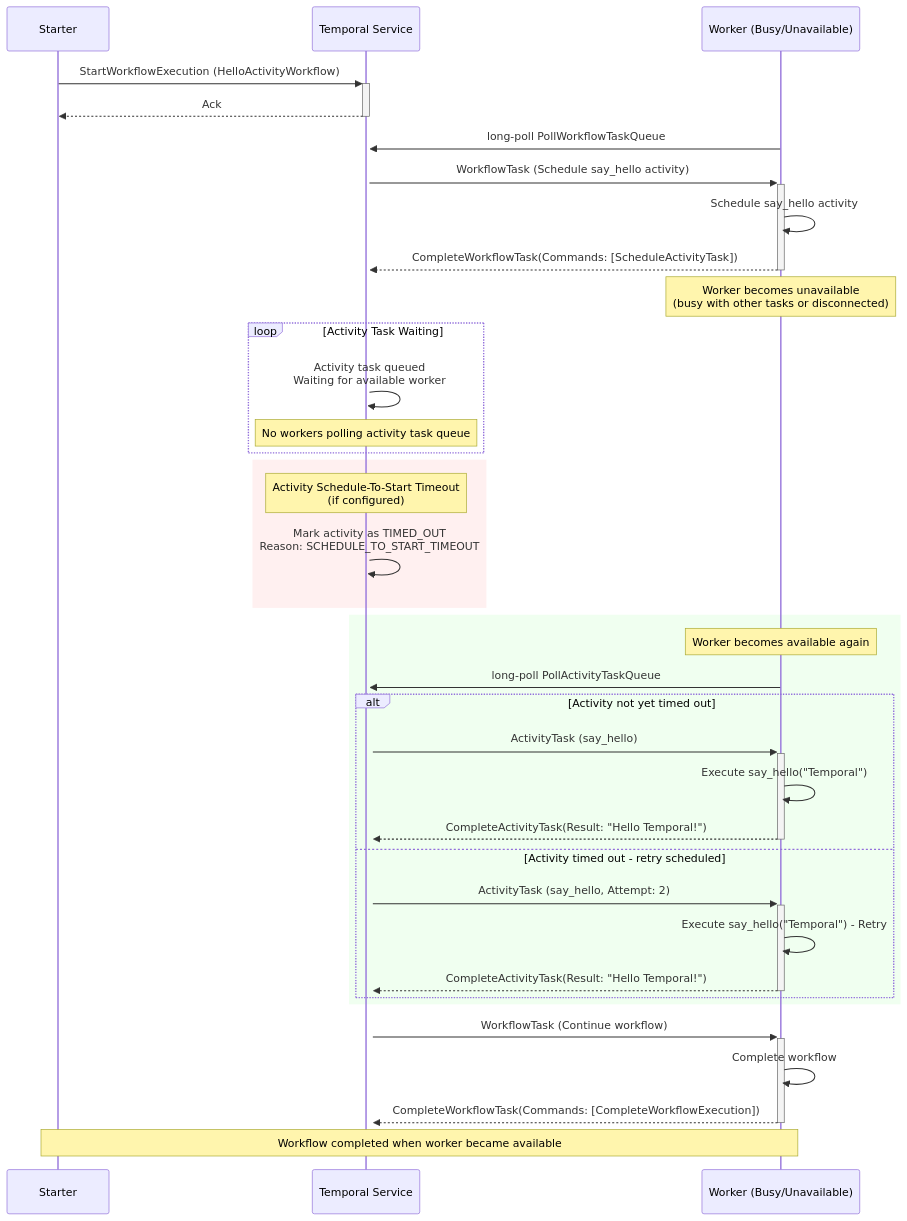
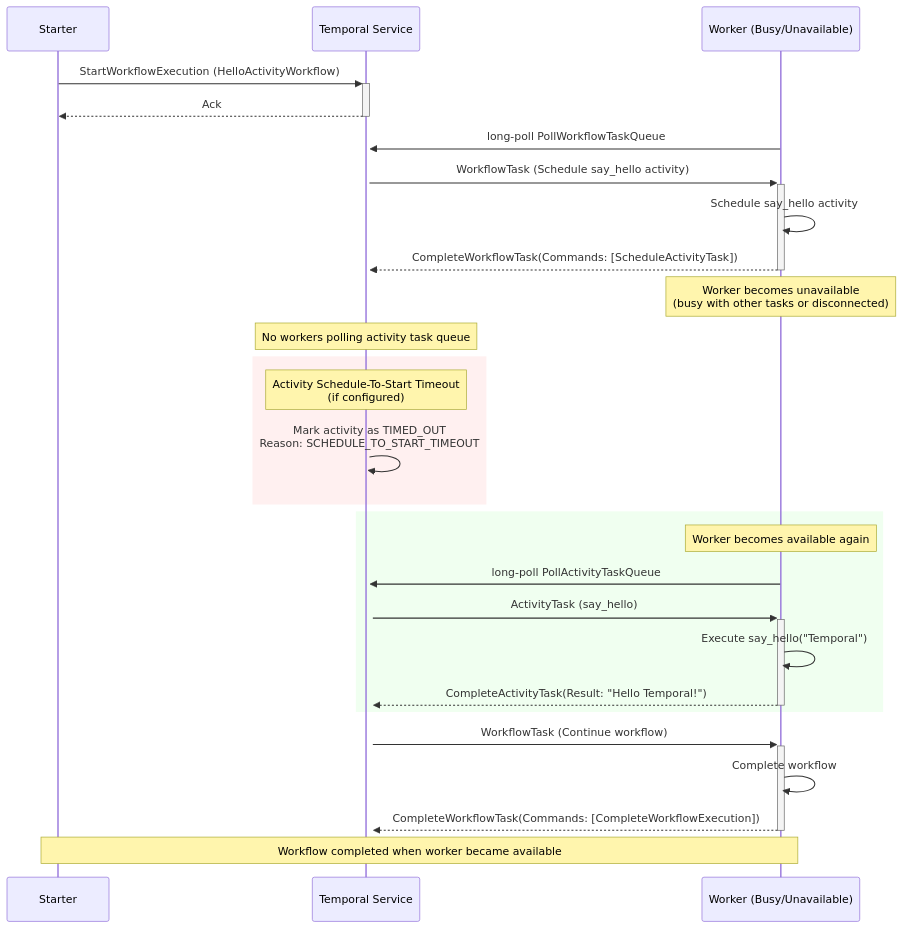
Before and after one commit to mfateev/musings: the second of 4 diagrams in hello-activity/activity-failure-scenarios.md, drawn with Mermaid. The commit also changed other lines of this file and 3 other files, not shown here.

````diff
--- a/hello-activity/activity-failure-scenarios.md
+++ b/hello-activity/activity-failure-scenarios.md
@@ -117,48 +117,39 @@
 ```mermaid
 sequenceDiagram
     participant S as Starter
     participant TS as Temporal Service
     participant W as Worker (Busy/Unavailable)
     
     S->>+TS: StartWorkflowExecution (HelloActivityWorkflow)
     TS-->>-S: Ack
     
     W->>+TS: long-poll PollWorkflowTaskQueue
     TS->>+W: WorkflowTask (Schedule say_hello activity)
     W->>W: Schedule say_hello activity
     W-->>-TS: CompleteWorkflowTask(Commands: [ScheduleActivityTask])
     
     Note over W: Worker becomes unavailable<br/>(busy with other tasks or disconnected)
     
-    loop Activity Task Waiting
-        TS->>TS: Activity task queued<br/>Waiting for available worker
-        Note over TS: No workers polling activity task queue
-    end
+    Note over TS: No workers polling activity task queue
     
     rect rgb(255, 240, 240)
         Note over TS: Activity Schedule-To-Start Timeout<br/>(if configured)
         TS->>TS: Mark activity as TIMED_OUT<br/>Reason: SCHEDULE_TO_START_TIMEOUT
     end
     
     rect rgb(240, 255, 240)
         Note over W: Worker becomes available again
         
         W->>+TS: long-poll PollActivityTaskQueue
         
-        alt Activity not yet timed out
-            TS->>+W: ActivityTask (say_hello)
-            W->>W: Execute say_hello("Temporal")
-            W-->>-TS: CompleteActivityTask(Result: "Hello Temporal!")
-        else Activity timed out - retry scheduled
-            TS->>+W: ActivityTask (say_hello, Attempt: 2)
-            W->>W: Execute say_hello("Temporal") - Retry
-            W-->>-TS: CompleteActivityTask(Result: "Hello Temporal!")
-        end
+        TS->>+W: ActivityTask (say_hello)
+        W->>W: Execute say_hello("Temporal")
+        W-->>-TS: CompleteActivityTask(Result: "Hello Temporal!")
     end
     
     TS->>+W: WorkflowTask (Continue workflow)
     W->>W: Complete workflow
     W-->>-TS: CompleteWorkflowTask(Commands: [CompleteWorkflowExecution])
     
     Note over S,W: Workflow completed when worker became available
 ```
````
